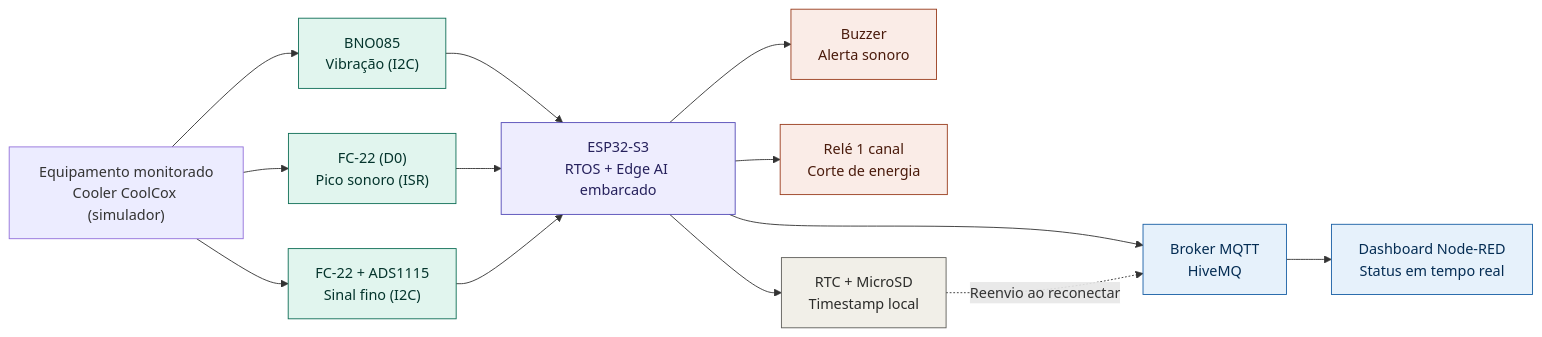
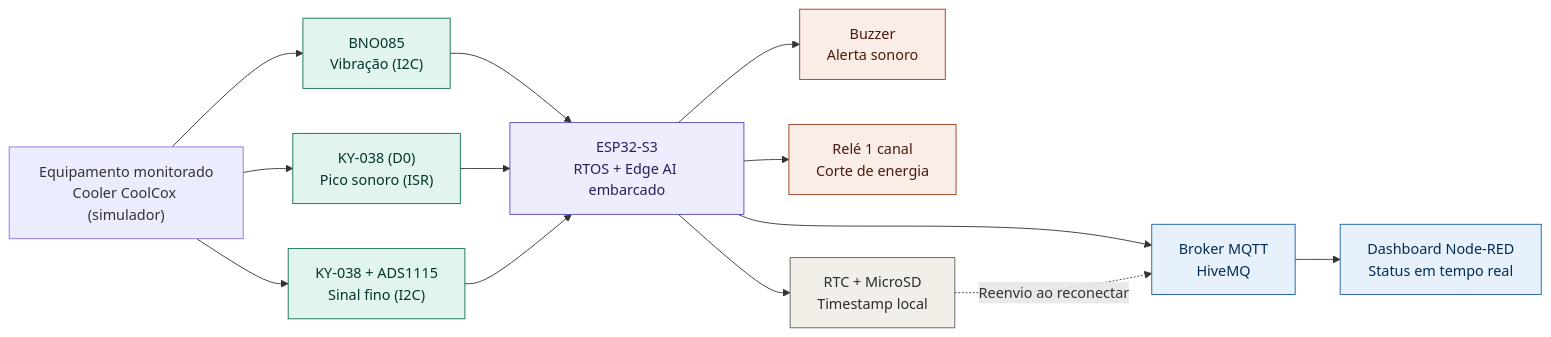
One commit to lfariazzz/tcc-monitoramento_preditivo_vibroacustico changed the diagram in README.md. Above: the diagram before and after it, drawn with Mermaid. The commit also changed other lines of this file and 1 other file, not shown here.

Commit message:
docs: corrige nomenclatura do sensor de som usado

````diff
--- a/README.md
+++ b/README.md
@@ -39,38 +39,38 @@
 ```mermaid
 flowchart LR
     EQ["Equipamento monitorado<br/>Cooler CoolCox (simulador)"]
     BNO["BNO085<br/>Vibração (I2C)"]
-    FC1["FC-22 (D0)<br/>Pico sonoro (ISR)"]
-    FC2["FC-22 + ADS1115<br/>Sinal fino (I2C)"]
+    FC1["KY-038 (D0)<br/>Pico sonoro (ISR)"]
+    FC2["KY-038 + ADS1115<br/>Sinal fino (I2C)"]
     ESP["ESP32-S3<br/>RTOS + Edge AI embarcado"]
     BUZ["Buzzer<br/>Alerta sonoro"]
     REL["Relé 1 canal<br/>Corte de energia"]
     RTC["RTC + MicroSD<br/>Timestamp local"]
     MQTT["Broker MQTT<br/>HiveMQ"]
     DASH["Dashboard Node-RED<br/>Status em tempo real"]
 
     EQ --> BNO
     EQ --> FC1
     EQ --> FC2
     BNO --> ESP
     FC1 --> ESP
     FC2 --> ESP
     ESP --> BUZ
     ESP --> REL
     ESP --> RTC
     ESP --> MQTT
     RTC -. "Reenvio ao reconectar" .-> MQTT
     MQTT --> DASH
 
     classDef sensor fill:#E1F5EE,stroke:#0F6E56,color:#04342C
     classDef proc fill:#EEEDFE,stroke:#534AB7,color:#26215C
     classDef atuacao fill:#FAECE7,stroke:#993C1D,color:#4A1B0C
     classDef rede fill:#E6F1FB,stroke:#185FA5,color:#042C53
     classDef neutro fill:#F1EFE8,stroke:#5F5E5A,color:#2C2C2A
 
     class BNO,FC1,FC2 sensor
     class ESP proc
     class BUZ,REL atuacao
     class RTC neutro
     class MQTT,DASH rede
 ```
````
